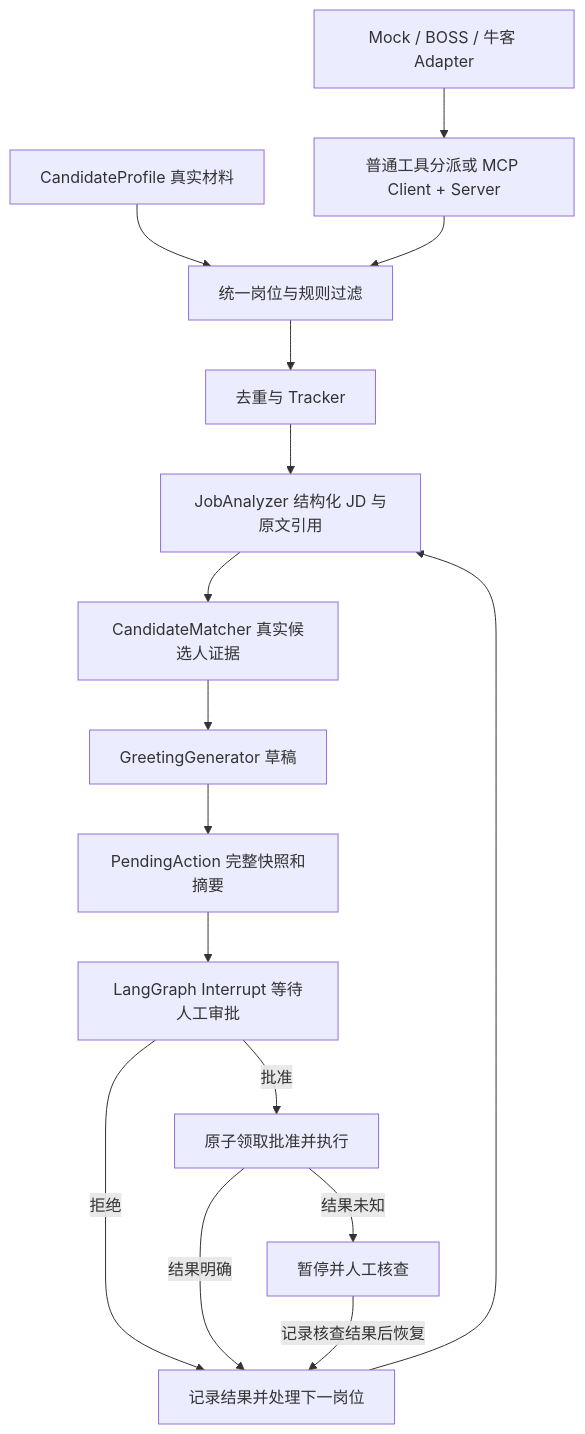
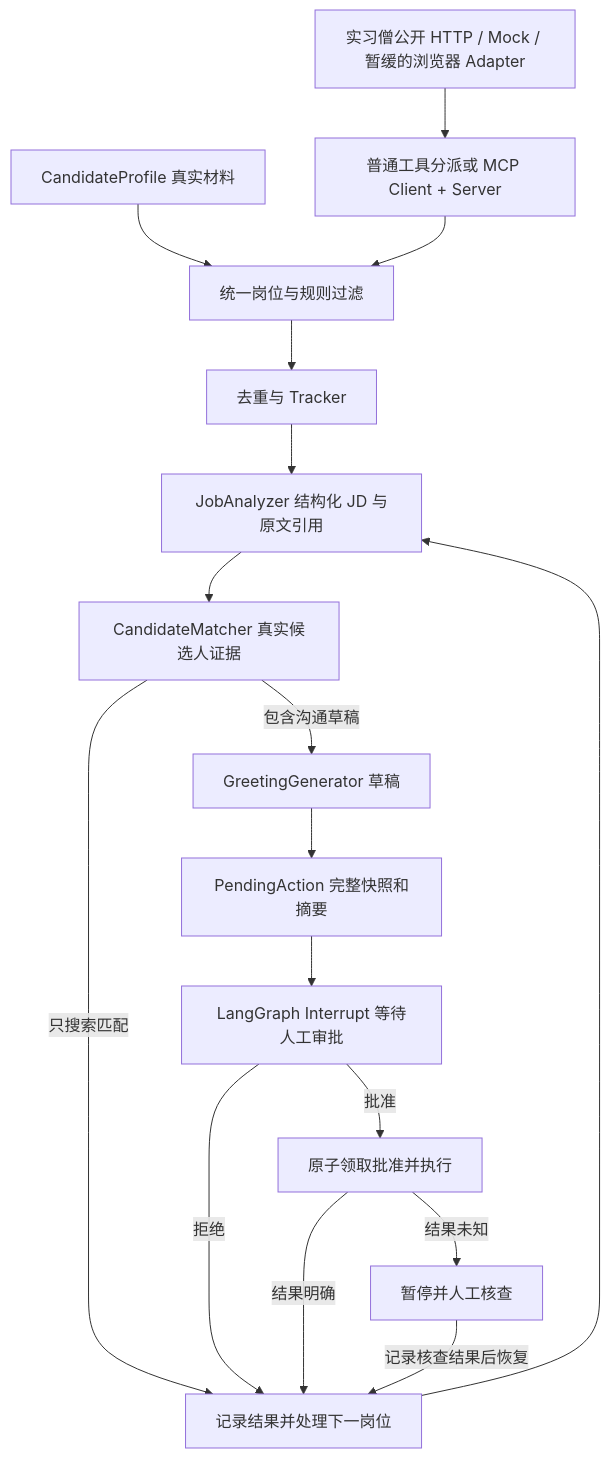
One commit to yujiehaoshuai/JobPilot changed the diagram in docs/architecture.md. Above: the diagram before and after it, drawn with Mermaid. The commit also changed other lines of this file and 23 other files, not shown here.

````diff
--- a/docs/architecture.md
+++ b/docs/architecture.md
@@ -5,18 +5,19 @@
 ```mermaid
 flowchart TD
     A[CandidateProfile 真实材料] --> D[统一岗位与规则过滤]
-    B[Mock / BOSS / 牛客 Adapter] --> C[普通工具分派或 MCP Client + Server]
+    B[实习僧公开 HTTP / Mock / 暂缓的浏览器 Adapter] --> C[普通工具分派或 MCP Client + Server]
     C --> D
     D --> E[去重与 Tracker]
     E --> F[JobAnalyzer 结构化 JD 与原文引用]
     F --> G[CandidateMatcher 真实候选人证据]
-    G --> H[GreetingGenerator 草稿]
+    G -->|只搜索匹配| L[记录结果并处理下一岗位]
+    G -->|包含沟通草稿| H[GreetingGenerator 草稿]
     H --> I[PendingAction 完整快照和摘要]
     I --> J[LangGraph Interrupt 等待人工审批]
     J -->|拒绝| L[记录结果并处理下一岗位]
     J -->|批准| K[原子领取批准并执行]
     K -->|结果明确| L
     K -->|结果未知| M[暂停并人工核查]
     M -->|记录核查结果后恢复| L
     L --> F
 ```
````
